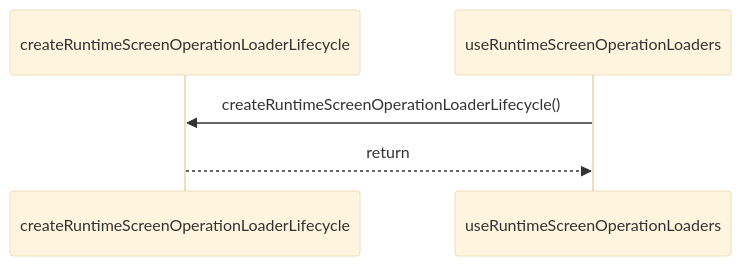
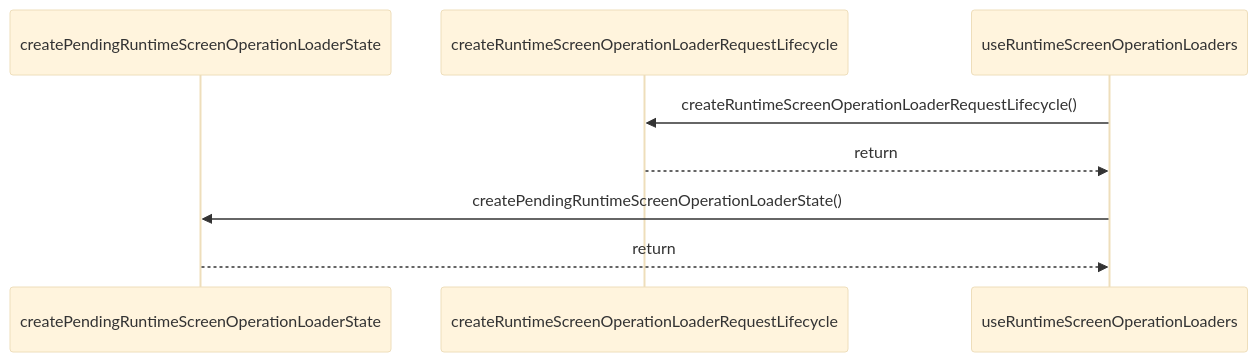
The diagram in paradox/diagrams/sequences/use-runtime-screen-operation-loaders.mmd (ankhorage/runtime), drawn with Mermaid (base theme) before and after one commit. The commit also changed 21 other files, not shown here.

```diff
--- a/paradox/diagrams/sequences/use-runtime-screen-operation-loaders.mmd
+++ b/paradox/diagrams/sequences/use-runtime-screen-operation-loaders.mmd
@@ -1,5 +1,8 @@
 sequenceDiagram
-  participant participant_createRuntimeScreenOperationLoaderLifecycle as createRuntimeScreenOperationLoaderLifecycle
+  participant participant_createPendingRuntimeScreenOperationLoaderState as createPendingRuntimeScreenOperationLoaderState
+  participant participant_createRuntimeScreenOperationLoaderRequestLifecycle as createRuntimeScreenOperationLoaderRequestLifecycle
   participant participant_useRuntimeScreenOperationLoaders as useRuntimeScreenOperationLoaders
-  participant_useRuntimeScreenOperationLoaders->>participant_createRuntimeScreenOperationLoaderLifecycle: createRuntimeScreenOperationLoaderLifecycle()
-  participant_createRuntimeScreenOperationLoaderLifecycle-->>participant_useRuntimeScreenOperationLoaders: return
+  participant_useRuntimeScreenOperationLoaders->>participant_createRuntimeScreenOperationLoaderRequestLifecycle: createRuntimeScreenOperationLoaderRequestLifecycle()
+  participant_createRuntimeScreenOperationLoaderRequestLifecycle-->>participant_useRuntimeScreenOperationLoaders: return
+  participant_useRuntimeScreenOperationLoaders->>participant_createPendingRuntimeScreenOperationLoaderState: createPendingRuntimeScreenOperationLoaderState()
+  participant_createPendingRuntimeScreenOperationLoaderState-->>participant_useRuntimeScreenOperationLoaders: return
```
